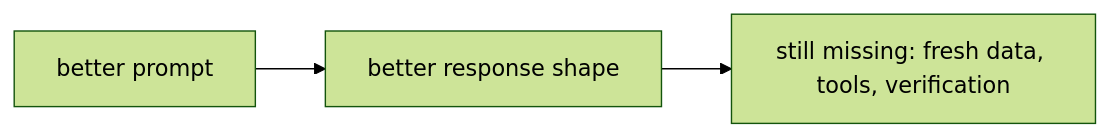
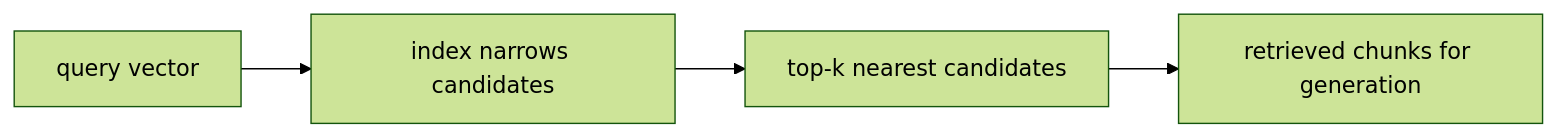
One commit to devchan64/AiBook changed the diagram in docs/parts/part-05/chapter-11/section-02.md. Above: the diagram before and after it, drawn with Mermaid (forest theme). The commit also changed other lines of this file and 47 other files, not shown here.

````diff
--- a/docs/parts/part-05/chapter-11/section-02.md
+++ b/docs/parts/part-05/chapter-11/section-02.md
@@ -106,8 +99,9 @@
 ```mermaid
 flowchart LR
-  A["better prompt"]
-  B["better response shape"]
-  C["still missing: fresh data, tools, verification"]
+  A["query vector"]
+  B["index narrows candidates"]
+  C["top-k nearest candidates"]
+  D["retrieved chunks for generation"]
 
-  A --> B --> C
+  A --> B --> C --> D
 ```
````
